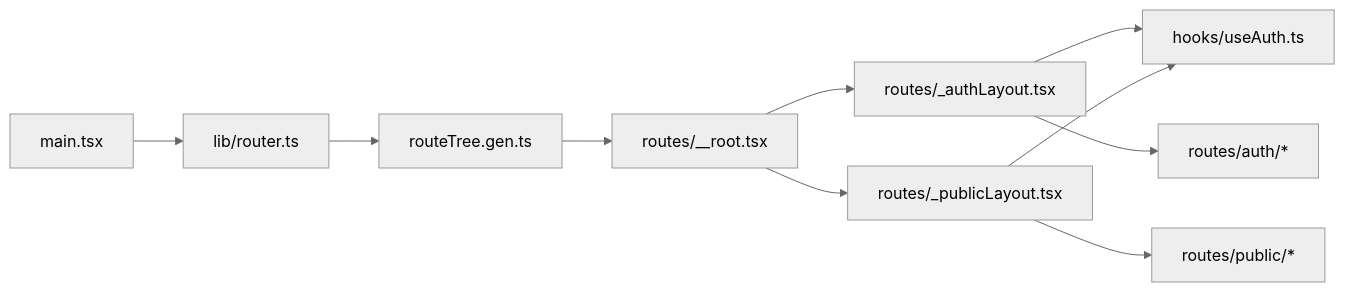
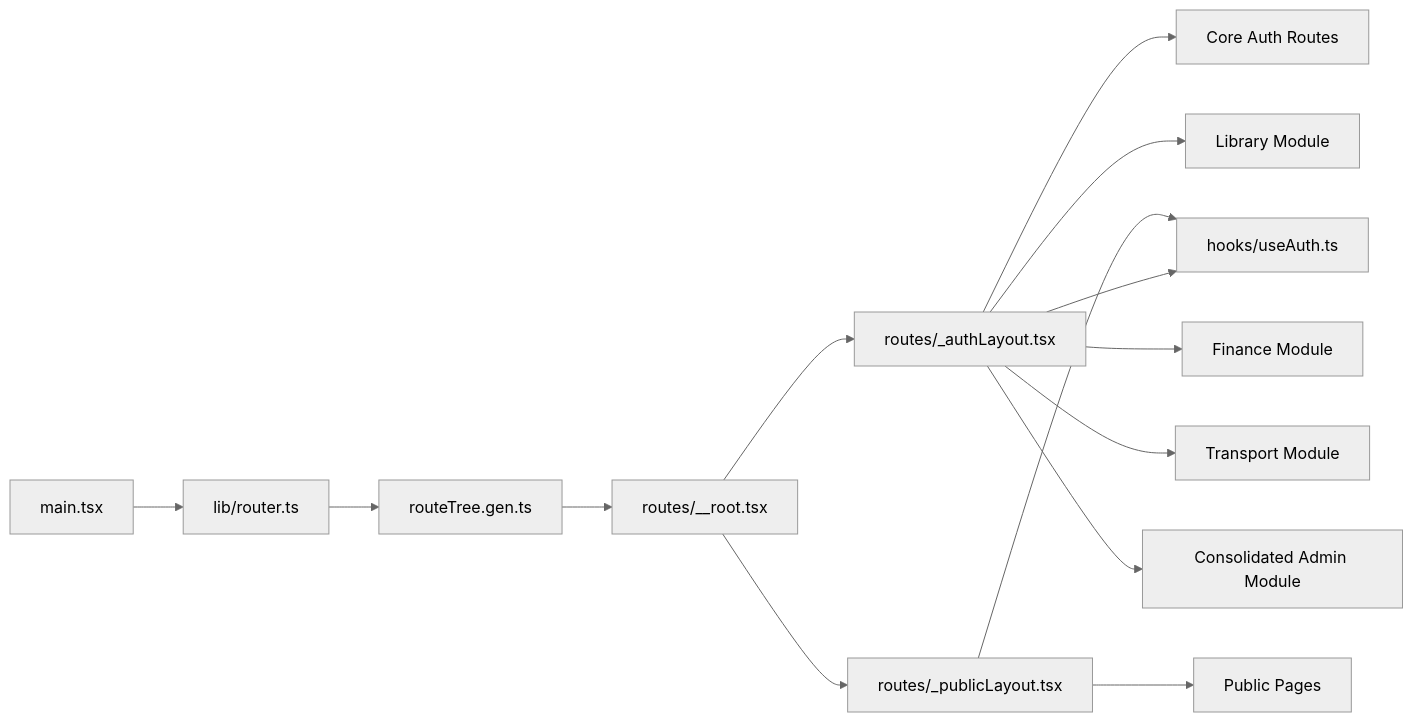
The fourth of 4 diagrams in .qoder/repowiki/en/content/System Architecture/Frontend Architecture/Routing & Navigation.md (franckylab/eLISAschool), drawn with Mermaid (neutral theme) before and after one commit. The commit also changed other lines of this file and 97 other files, not shown here.

````diff
--- a/.qoder/repowiki/en/content/System Architecture/Frontend Architecture/Routing & Navigation.md
+++ b/.qoder/repowiki/en/content/System Architecture/Frontend Architecture/Routing & Navigation.md
@@ -266,12 +293,16 @@
 ```mermaid
 graph LR
 Main["main.tsx"] --> RouterCfg["lib/router.ts"]
 RouterCfg --> RouteTree["routeTree.gen.ts"]
 RouteTree --> Root["routes/__root.tsx"]
 Root --> AuthLayout["routes/_authLayout.tsx"]
 Root --> PubLayout["routes/_publicLayout.tsx"]
 AuthLayout --> AuthHooks["hooks/useAuth.ts"]
 PubLayout --> AuthHooks
-AuthLayout --> AuthPages["routes/auth/*"]
-PubLayout --> PubPages["routes/public/*"]
+AuthLayout --> CoreRoutes["Core Auth Routes"]
+AuthLayout --> LibraryModule["Library Module"]
+AuthLayout --> FinanceModule["Finance Module"]
+AuthLayout --> TransportModule["Transport Module"]
+AuthLayout --> AdminModule["Consolidated Admin Module"]
+PubLayout --> PublicPages["Public Pages"]
 ```
````
